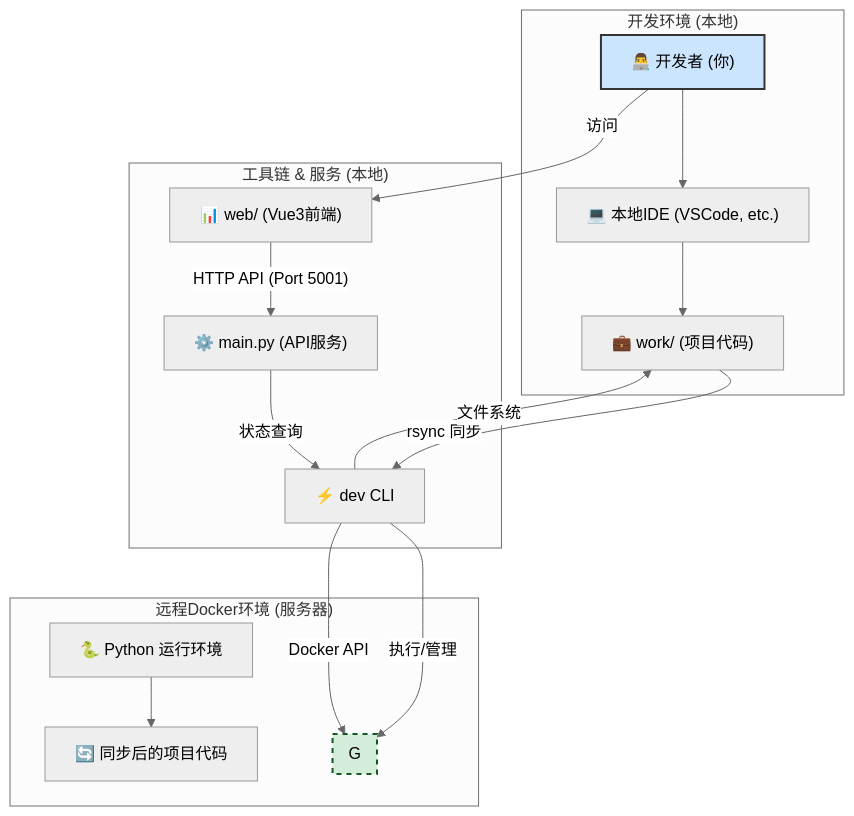
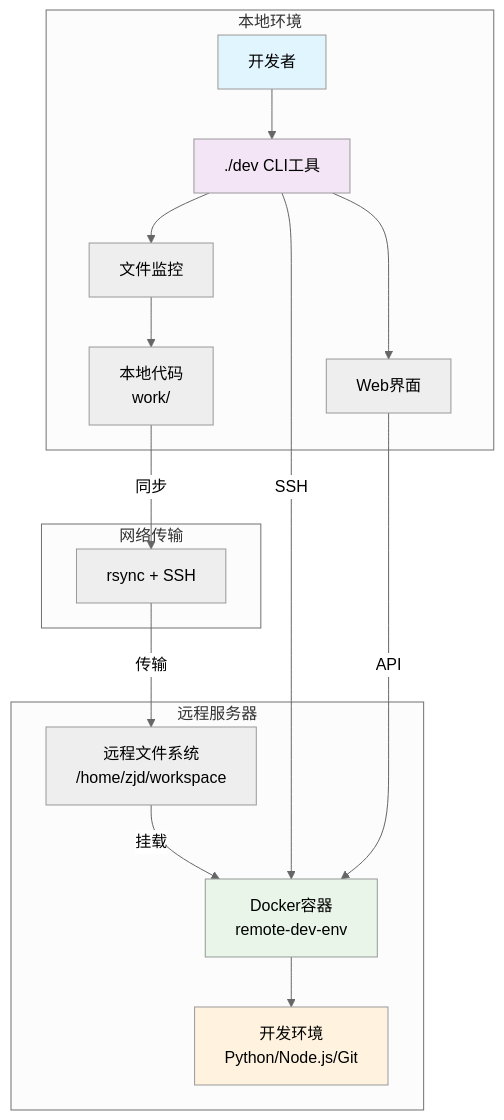
Before and after one commit to Zhang-Jingdian/remote-dev: the first of 2 diagrams in README.md, drawn with Mermaid (neutral theme). The commit also changed other lines of this file and 16 other files, not shown here.

````diff
--- a/README.md
+++ b/README.md
@@ -28,41 +20,32 @@
 ```mermaid
-graph TD
-    subgraph "开发环境 (本地)"
-        A["👨‍💻 开发者 (你)"]
-        B["💻 本地IDE (VSCode, etc.)"]
-        C["💼 work/ (项目代码)"]
+graph TB
+    subgraph "本地环境"
+        A[开发者] --> B[./dev CLI工具]
+        B --> C[文件监控]
+        B --> D[Web界面]
+        C --> E[本地代码<br/>work/]
     end
-
-    subgraph "工具链 & 服务 (本地)"
-        D["⚡ dev CLI"]
-        E["⚙️ main.py (API服务)"]
-        F["📊 web/ (Vue3前端)"]
+    
+    subgraph "网络传输"
+        F[rsync + SSH]
     end
-
-    subgraph "远程Docker环境 (服务器)"
-        G["🐳 remote-dev-env 容器"]
-        H["🐍 Python 运行环境"]
-        I["🔄 同步后的项目代码"]
+    
+    subgraph "远程服务器"
+        G[远程文件系统<br/>/home/zjd/workspace]
+        H[Docker容器<br/>remote-dev-env]
+        I[开发环境<br/>Python/Node.js/Git]
     end
-
-    A --> B
-    B --> C
-
-    C -- "rsync 同步" --> D
-    D -- "执行/管理" --> G
-    D -- "文件系统" --> C
     
-    A -- "访问" --> F
-    F -- "HTTP API (Port 5001)" --> E
-    E -- "状态查询" --> D
-
-    D -- "Docker API" ---> G
+    E -->|同步| F
+    F -->|传输| G
+    G -->|挂载| H
+    H --> I
     
-    subgraph G
-        direction LR
-        H --> I
-    end
-
-    style A fill:#cce5ff,stroke:#333,stroke-width:2px
-    style G fill:#d4edda,stroke:#155724,stroke-width:2px,stroke-dasharray: 5 5
+    B -->|SSH| H
+    D -->|API| H
+    
+    style A fill:#e1f5fe
+    style B fill:#f3e5f5
+    style H fill:#e8f5e8
+    style I fill:#fff3e0
 ```
````
